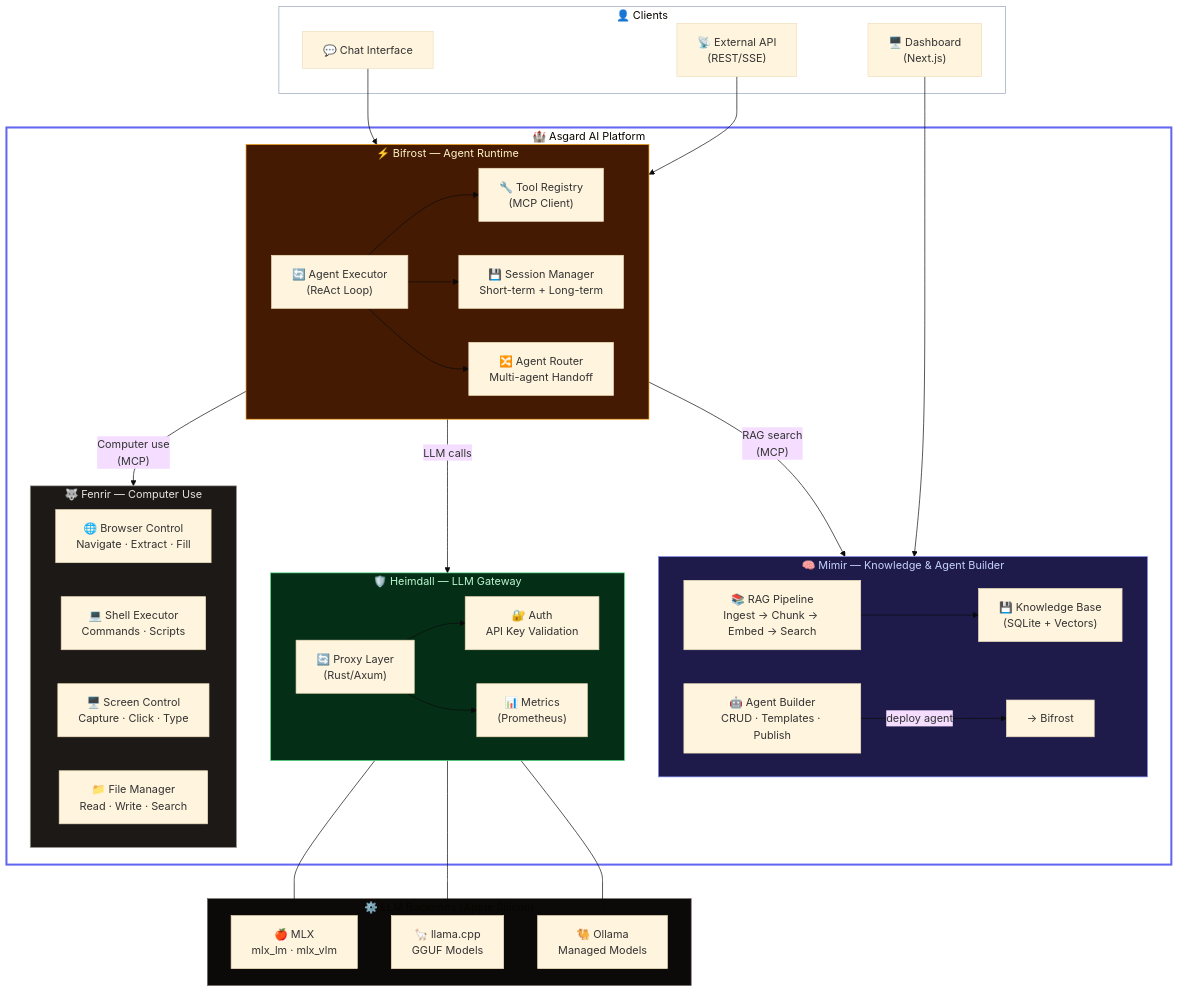
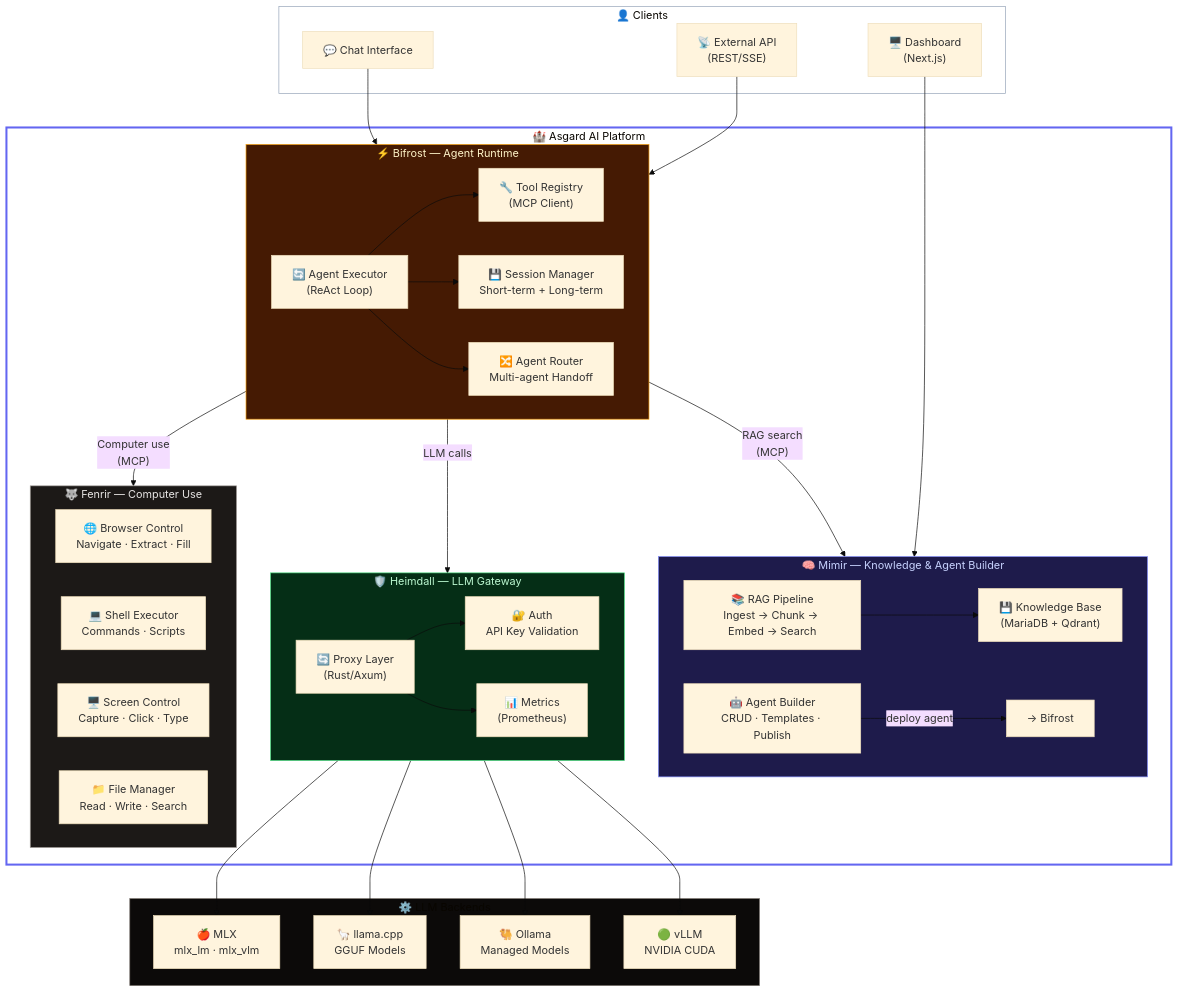
One commit to MegaWiz-Dev-Team/Asgard changed the first of 7 diagrams in docs/architecture.md. Above: the diagram before and after it, drawn with Mermaid (base theme). The commit also changed other lines of this file, not shown here.

First line of the commit message:
fix: architecture.md — SQLite→MariaDB (5 fixes) + add vLLM backend

````diff
--- a/docs/architecture.md
+++ b/docs/architecture.md
@@ -7,70 +7,72 @@
 ```mermaid
 graph TB
     subgraph client["👤 Clients"]
         Dashboard["🖥️ Dashboard<br/>(Next.js)"]
         API["📡 External API<br/>(REST/SSE)"]
         Chat["💬 Chat Interface"]
     end
 
     subgraph asgard["🏰 Asgard AI Platform"]
 
         subgraph mimir["🧠 Mimir — Knowledge & Agent Builder"]
             RAG["📚 RAG Pipeline<br/>Ingest → Chunk → Embed → Search"]
             AgentBuilder["🤖 Agent Builder<br/>CRUD · Templates · Publish"]
-            KB["💾 Knowledge Base<br/>(SQLite + Vectors)"]
+            KB["💾 Knowledge Base<br/>(MariaDB + Qdrant)"]
             RAG --> KB
             AgentBuilder --> |"deploy agent"| BifrostLink["→ Bifrost"]
         end
 
         subgraph bifrost["⚡ Bifrost — Agent Runtime"]
             Executor["🔄 Agent Executor<br/>(ReAct Loop)"]
             Tools["🔧 Tool Registry<br/>(MCP Client)"]
             Sessions["💾 Session Manager<br/>Short-term + Long-term"]
             Router["🔀 Agent Router<br/>Multi-agent Handoff"]
             Executor --> Tools
             Executor --> Sessions
             Executor --> Router
         end
 
         subgraph heimdall["🛡️ Heimdall — LLM Gateway"]
             Proxy["🔄 Proxy Layer<br/>(Rust/Axum)"]
             Auth["🔐 Auth<br/>API Key Validation"]
             Metrics["📊 Metrics<br/>(Prometheus)"]
             Proxy --> Auth
             Proxy --> Metrics
         end
 
         subgraph fenrir["🐺 Fenrir — Computer Use"]
             Browser["🌐 Browser Control<br/>Navigate · Extract · Fill"]
             Shell["💻 Shell Executor<br/>Commands · Scripts"]
             Screen["🖥️ Screen Control<br/>Capture · Click · Type"]
             Files["📁 File Manager<br/>Read · Write · Search"]
         end
     end
 
-    subgraph backends["⚙️ LLM Backends (Apple Silicon)"]
+    subgraph backends["⚙️ LLM Backends"]
         MLX["🍎 MLX<br/>mlx_lm · mlx_vlm"]
         Llama["🦙 llama.cpp<br/>GGUF Models"]
         Ollama["🐫 Ollama<br/>Managed Models"]
+        VLLM["🟢 vLLM<br/>NVIDIA CUDA"]
     end
 
     Dashboard --> mimir
     API --> bifrost
     Chat --> bifrost
 
     bifrost --> |"LLM calls"| heimdall
     bifrost --> |"RAG search<br/>(MCP)"| mimir
     bifrost --> |"Computer use<br/>(MCP)"| fenrir
 
     heimdall --> MLX
     heimdall --> Llama
     heimdall --> Ollama
+    heimdall --> VLLM
 
     style asgard fill:transparent,stroke:#6366f1,stroke-width:3px
     style mimir fill:#1e1b4b,stroke:#818cf8,color:#c7d2fe
     style bifrost fill:#451a03,stroke:#f59e0b,color:#fef3c7
     style heimdall fill:#052e16,stroke:#4ade80,color:#bbf7d0
     style fenrir fill:#1c1917,stroke:#a8a29e,color:#e7e5e4
     style backends fill:#0c0a09,stroke:#78716c
     style client fill:transparent,stroke:#94a3b8
 ```
````
